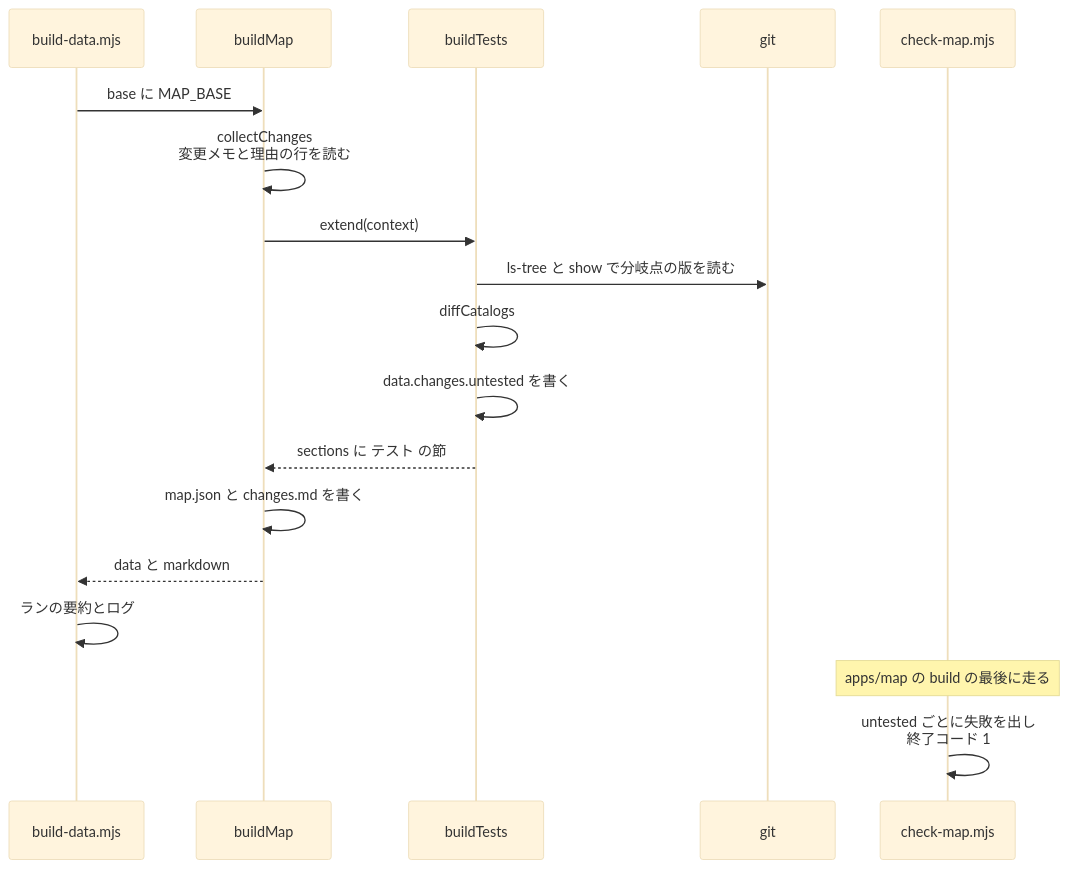
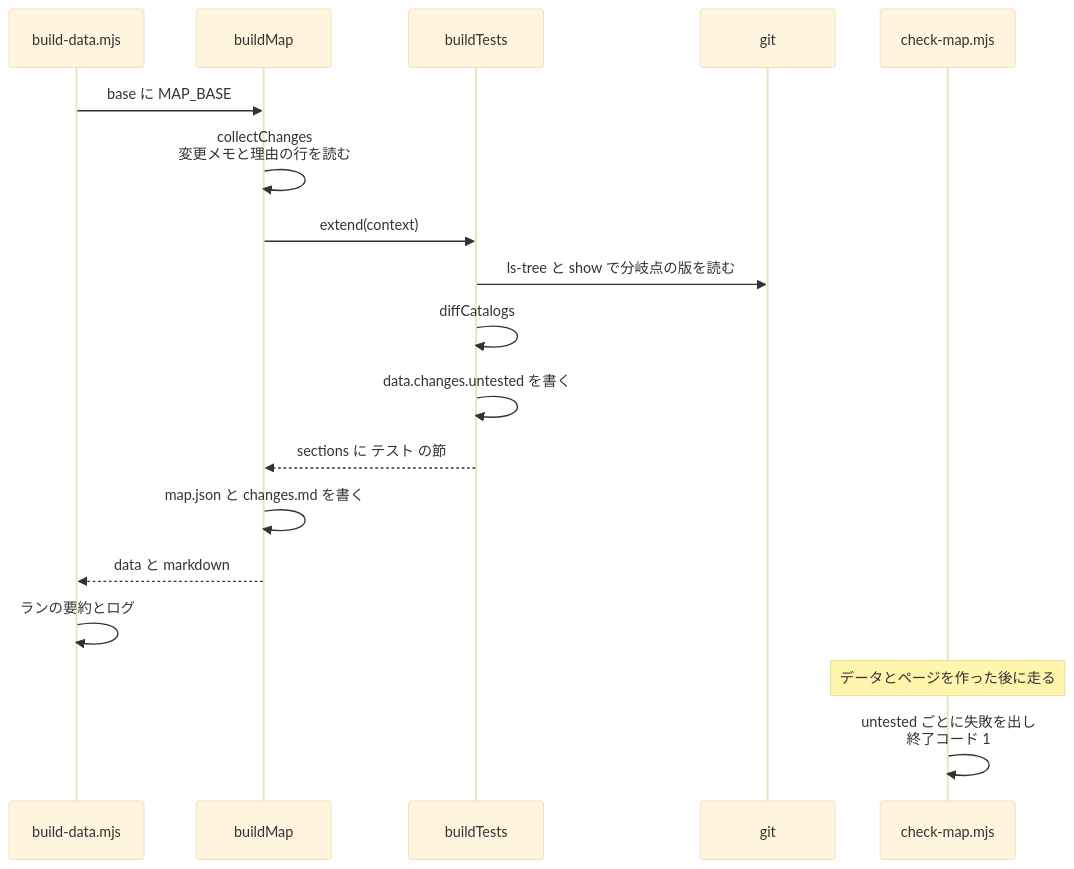
Before and after one commit to maronnjapan/maronn-openid-connect: diagram 19 of 21 in apps/tests/docs/04-pull-request.md, drawn with Mermaid (base theme). The commit also changed other lines of this file and 11 other files, not shown here.

````diff
--- a/apps/tests/docs/04-pull-request.md
+++ b/apps/tests/docs/04-pull-request.md
@@ -797,20 +1171,20 @@
 ```mermaid
 sequenceDiagram
   participant S as build-data.mjs
   participant B as buildMap
   participant T as buildTests
   participant G as git
   participant C as check-map.mjs
   S->>B: base に MAP_BASE
   B->>B: collectChanges<br/>変更メモと理由の行を読む
   B->>T: extend(context)
   T->>G: ls-tree と show で分岐点の版を読む
   T->>T: diffCatalogs
   T->>T: data.changes.untested を書く
   T-->>B: sections に テスト の節
   B->>B: map.json と changes.md を書く
   B-->>S: data と markdown
   S->>S: ランの要約とログ
-  Note over C: apps/map の build の最後に走る
+  Note over C: データとページを作った後に走る
   C->>C: untested ごとに失敗を出し<br/>終了コード 1
 ```
````
